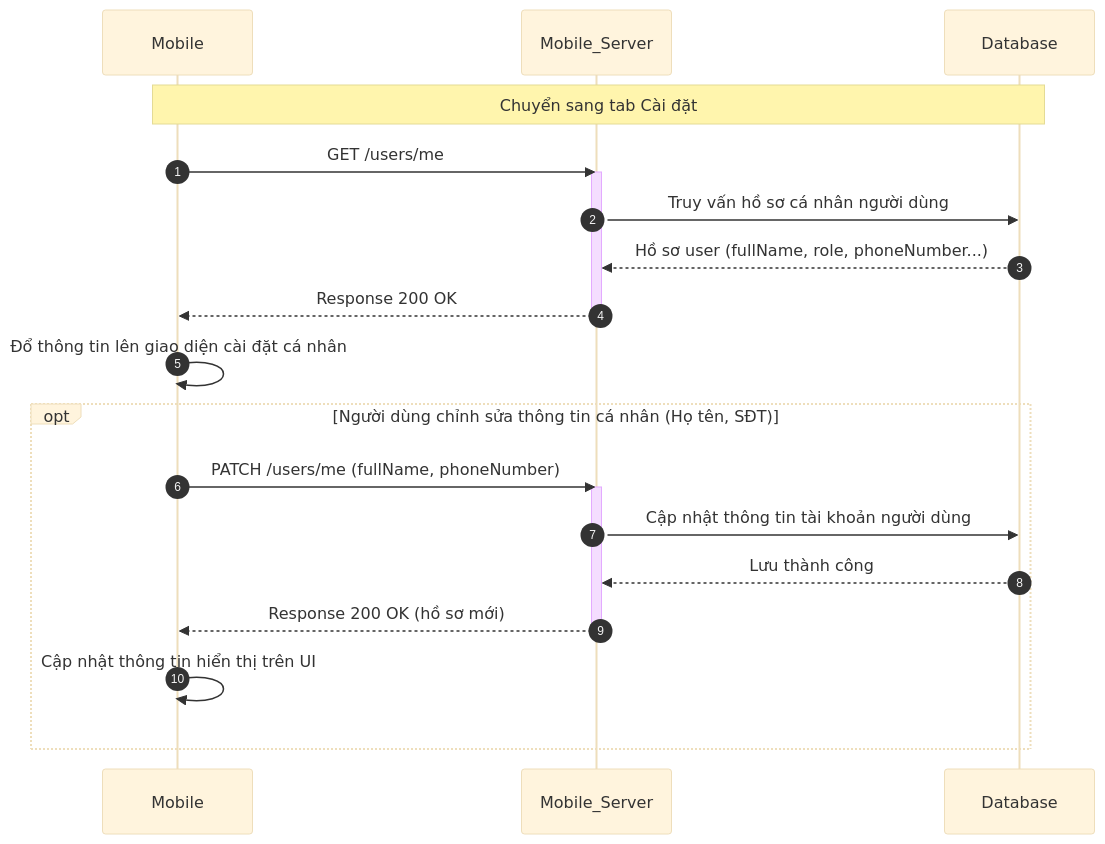
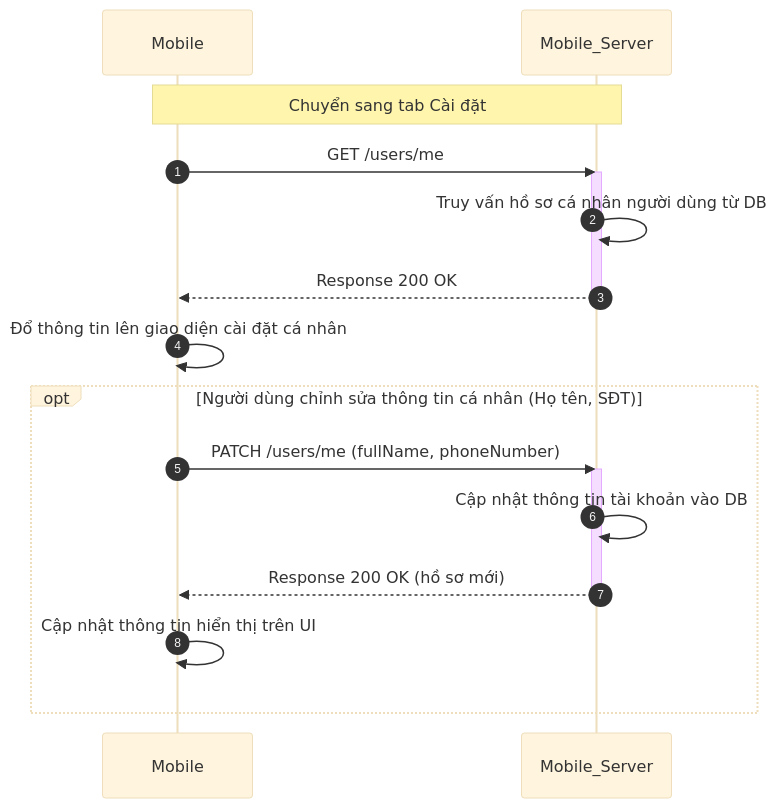
One commit to trungnguyenthien/Wildlife-Warning-and-Deterrence-System changed the ninth of 18 diagrams in docs/04-sequence-diagram.md. Above: the diagram before and after it, drawn with Mermaid (base theme). The commit also changed other lines of this file, not shown here.

Commit message:
docs: update sequence diagram to reflect latest system flow refinements

````diff
--- a/docs/04-sequence-diagram.md
+++ b/docs/04-sequence-diagram.md
@@ -385,26 +367,23 @@
 ```mermaid
 sequenceDiagram
     autonumber
     participant Mobile as Mobile
     participant Mobile_Server as Mobile_Server
-    participant Database as Database
 
-    Note over Mobile, Database: Chuyển sang tab Cài đặt
+    Note over Mobile, Mobile_Server: Chuyển sang tab Cài đặt
     Mobile->>Mobile_Server: GET /users/me
     activate Mobile_Server
-    Mobile_Server->>Database: Truy vấn hồ sơ cá nhân người dùng
-    Database-->>Mobile_Server: Hồ sơ user (fullName, role, phoneNumber...)
+    Mobile_Server->>Mobile_Server: Truy vấn hồ sơ cá nhân người dùng từ DB
     Mobile_Server-->>Mobile: Response 200 OK
     deactivate Mobile_Server
     Mobile->>Mobile: Đổ thông tin lên giao diện cài đặt cá nhân
 
     opt Người dùng chỉnh sửa thông tin cá nhân (Họ tên, SĐT)
         Mobile->>Mobile_Server: PATCH /users/me (fullName, phoneNumber)
         activate Mobile_Server
-        Mobile_Server->>Database: Cập nhật thông tin tài khoản người dùng
-        Database-->>Mobile_Server: Lưu thành công
+        Mobile_Server->>Mobile_Server: Cập nhật thông tin tài khoản vào DB
         Mobile_Server-->>Mobile: Response 200 OK (hồ sơ mới)
         deactivate Mobile_Server
         Mobile->>Mobile: Cập nhật thông tin hiển thị trên UI
     end
 ```
````
